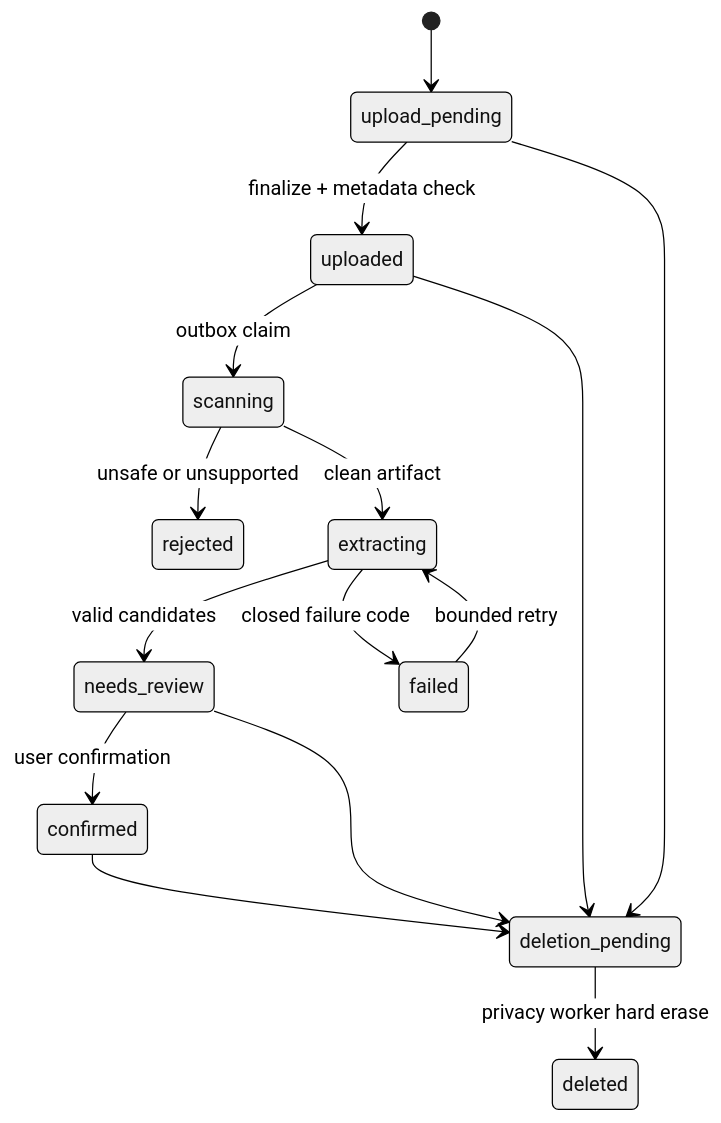
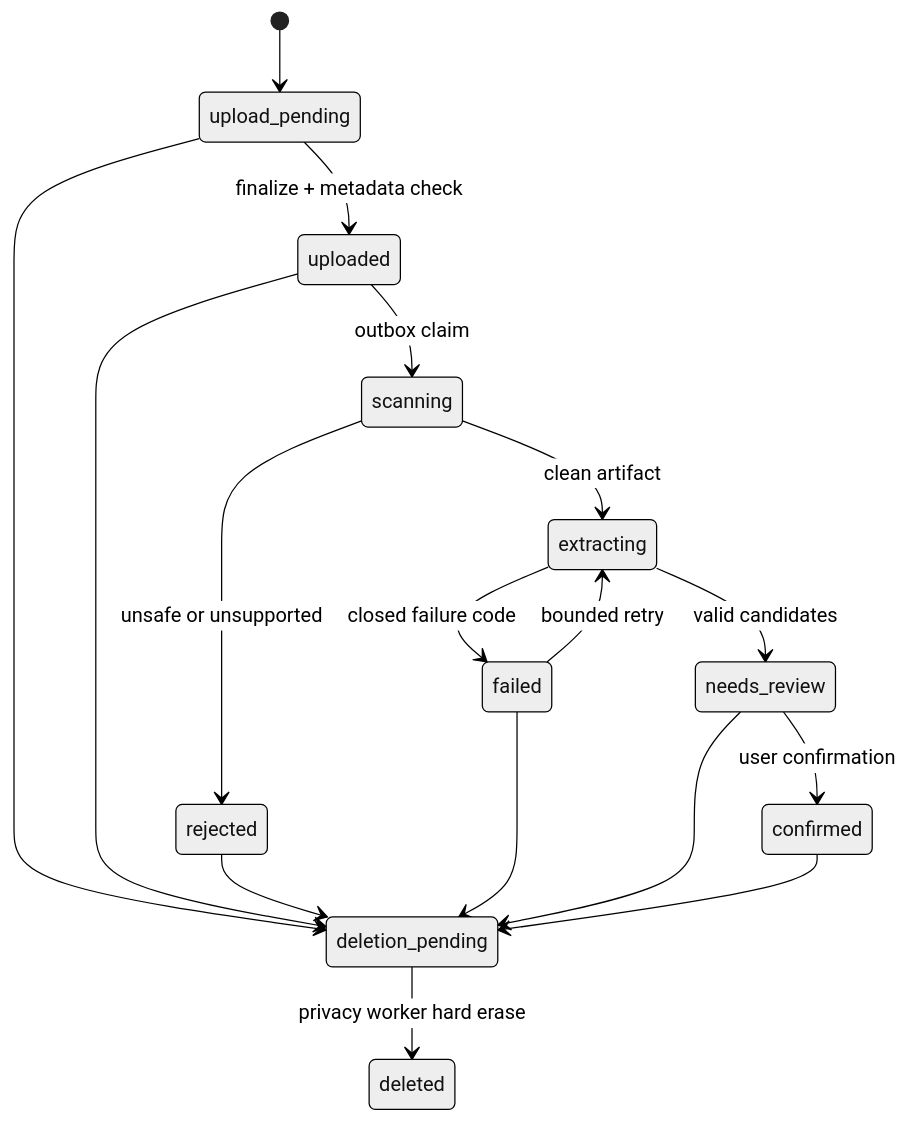
Before and after one commit to IPlayInHD/onyx-ledger: the third of 3 diagrams in docs/architecture/billshield-integration-plan.md, drawn with Mermaid (neutral theme). The commit also changed other lines of this file, not shown here.

````diff
--- a/docs/architecture/billshield-integration-plan.md
+++ b/docs/architecture/billshield-integration-plan.md
@@ -827,17 +832,19 @@
 ```mermaid
 stateDiagram-v2
     [*] --> upload_pending
     upload_pending --> uploaded: finalize + metadata check
     uploaded --> scanning: outbox claim
     scanning --> rejected: unsafe or unsupported
     scanning --> extracting: clean artifact
     extracting --> needs_review: valid candidates
     extracting --> failed: closed failure code
     needs_review --> confirmed: user confirmation
     failed --> extracting: bounded retry
     upload_pending --> deletion_pending
     uploaded --> deletion_pending
+    rejected --> deletion_pending
+    failed --> deletion_pending
     needs_review --> deletion_pending
     confirmed --> deletion_pending
     deletion_pending --> deleted: privacy worker hard erase
 ```
````
